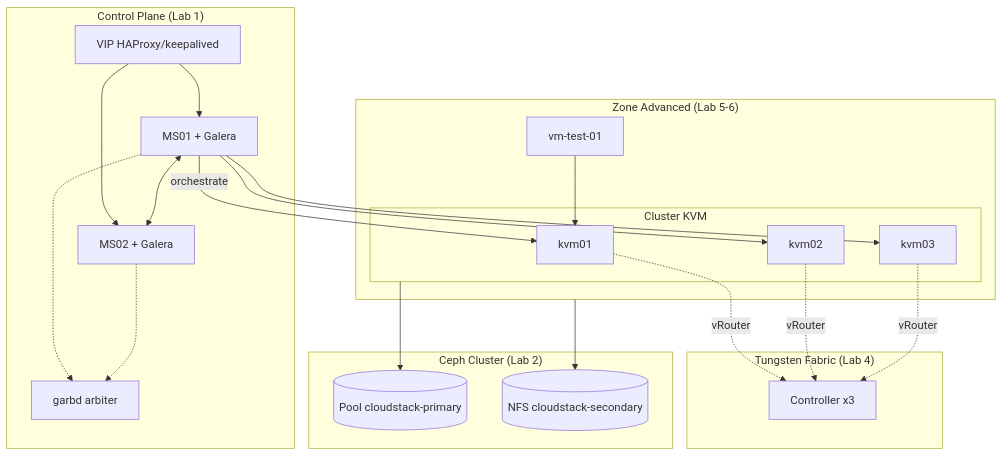
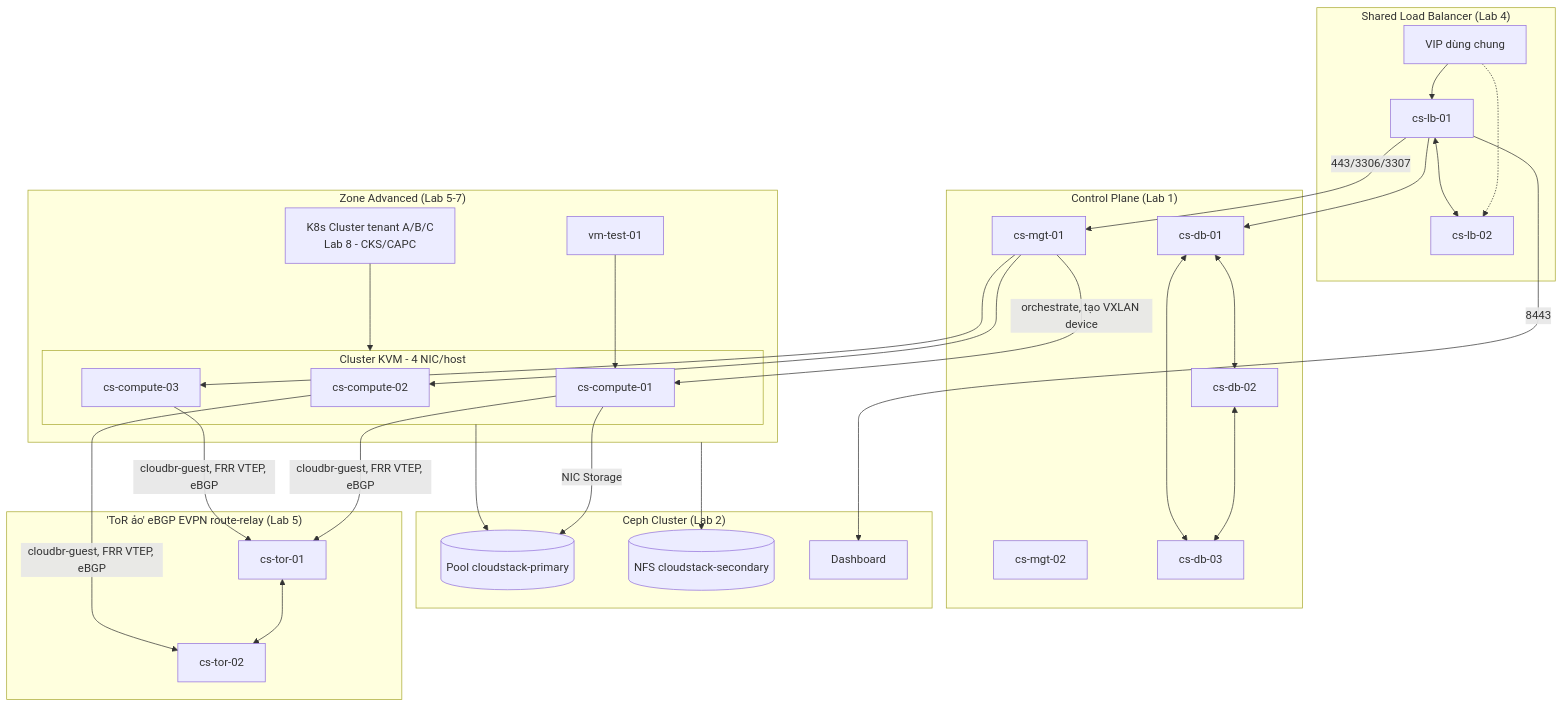
Before and after one commit to Tn9hia/technotes: the second of 2 diagrams in Cloud/Cloudstack/lab/CloudStack Production Cluster - Lab Series Overview.md, drawn with Mermaid. The commit also changed other lines of this file and 41 other files, not shown here.

````diff
--- a/Cloud/Cloudstack/lab/CloudStack Production Cluster - Lab Series Overview.md
+++ b/Cloud/Cloudstack/lab/CloudStack Production Cluster - Lab Series Overview.md
@@ -39,42 +54,59 @@
 ```mermaid
 flowchart TB
-    subgraph CP["Control Plane (Lab 1)"]
-        VIP[VIP HAProxy/keepalived]
-        MS1[MS01 + Galera]
-        MS2[MS02 + Galera]
-        ARB[garbd arbiter]
-        VIP --> MS1
-        VIP --> MS2
-        MS1 <--> MS2
-        MS1 -.-> ARB
-        MS2 -.-> ARB
+    subgraph LB["Shared Load Balancer (Lab 4)"]
+        VIP[VIP dùng chung]
+        LB1[cs-lb-01]
+        LB2[cs-lb-02]
+        VIP --> LB1
+        VIP -.-> LB2
+        LB1 <--> LB2
     end
 
-    subgraph SDN["Tungsten Fabric (Lab 4)"]
-        TF1[Controller x3]
+    subgraph CP["Control Plane (Lab 1)"]
+        MS1[cs-mgt-01]
+        MS2[cs-mgt-02]
+        DB1[cs-db-01]
+        DB2[cs-db-02]
+        DB3[cs-db-03]
+        DB1 <--> DB2
+        DB2 <--> DB3
+        DB1 <--> DB3
     end
 
-    subgraph ZONE["Zone Advanced (Lab 5-6)"]
-        subgraph CLUSTER["Cluster KVM"]
-            H1[kvm01]
-            H2[kvm02]
-            H3[kvm03]
+    subgraph ZONE["Zone Advanced (Lab 5-7)"]
+        subgraph CLUSTER["Cluster KVM - 4 NIC/host"]
+            H1[cs-compute-01]
+            H2[cs-compute-02]
+            H3[cs-compute-03]
         end
         VM[vm-test-01]
+        KAAS[K8s Cluster tenant A/B/C<br/>Lab 8 - CKS/CAPC]
     end
 
     subgraph STG["Ceph Cluster (Lab 2)"]
         PRI[(Pool cloudstack-primary)]
         SEC[(NFS cloudstack-secondary)]
+        DASH[Dashboard]
     end
 
-    MS1 -->|orchestrate| H1
+    subgraph TOR["'ToR ảo' eBGP EVPN route-relay (Lab 5)"]
+        T1[cs-tor-01]
+        T2[cs-tor-02]
+        T1 <--> T2
+    end
+
+    LB1 -- "443/3306/3307" --> MS1
+    LB1 --> DB1
+    LB1 -- "8443" --> DASH
+    MS1 -->|orchestrate, tạo VXLAN device| H1
     MS1 --> H2
     MS1 --> H3
-    H1 -.vRouter.-> TF1
-    H2 -.vRouter.-> TF1
-    H3 -.vRouter.-> TF1
+    H1 -- "NIC Storage" --> PRI
+    H1 -- "cloudbr-guest, FRR VTEP, eBGP" --> T1
+    H2 -- "cloudbr-guest, FRR VTEP, eBGP" --> T2
+    H3 -- "cloudbr-guest, FRR VTEP, eBGP" --> T1
     CLUSTER --> PRI
     ZONE --> SEC
     VM --> H1
+    KAAS --> CLUSTER
 ```
````
